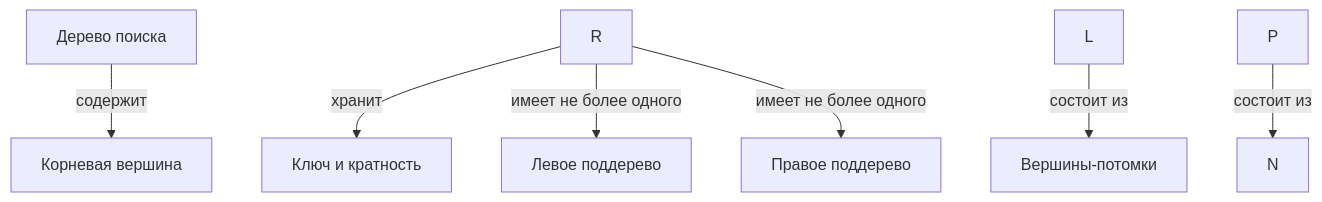
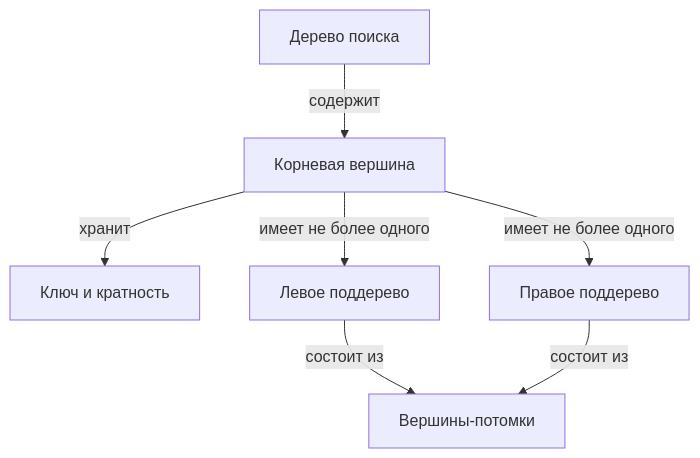
Before and after one commit to DDDDJptichka/labs_sem3: the first of 2 diagrams in README.md, drawn with Mermaid. The commit also changed other lines of this file, not shown here.

````diff
--- a/README.md
+++ b/README.md
@@ -18,9 +32,9 @@
 ```mermaid
 flowchart TD
-    T\[Дерево поиска] -->|содержит| R\[Корневая вершина]
-    R -->|хранит| V\[Ключ и кратность]
-    R -->|имеет не более одного| L\[Левое поддерево]
-    R -->|имеет не более одного| P\[Правое поддерево]
-    L -->|состоит из| N\[Вершины-потомки]
+    T[Дерево поиска] -->|содержит| R[Корневая вершина]
+    R -->|хранит| V[Ключ и кратность]
+    R -->|имеет не более одного| L[Левое поддерево]
+    R -->|имеет не более одного| P[Правое поддерево]
+    L -->|состоит из| N[Вершины-потомки]
     P -->|состоит из| N
 ```
````
